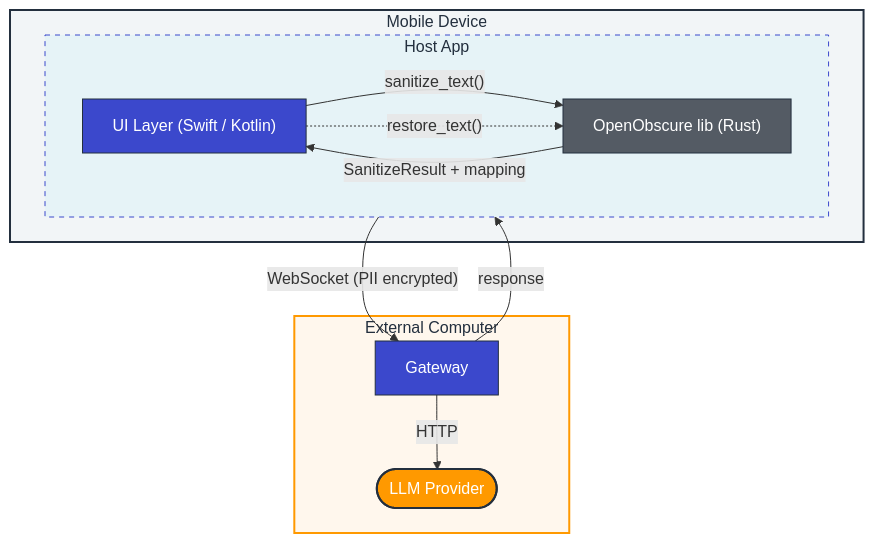
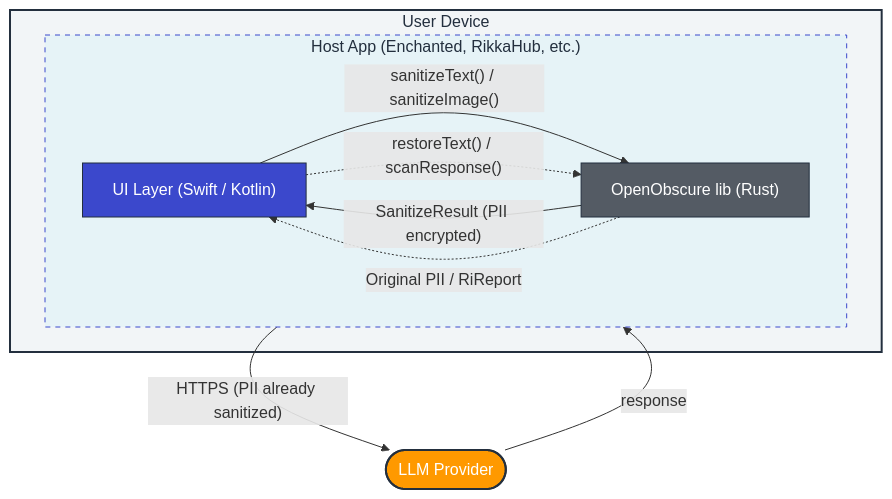
One commit to OpenObscure/OpenObscure changed the second of 15 diagrams in ARCHITECTURE.md. Above: the diagram before and after it, drawn with Mermaid. The commit also changed 1 other file, not shown here.

Commit message:
Fix embedded model diagrams to show direct-to-LLM architecture
Embedded diagrams incorrectly showed Gateway as required intermediary.
Replaced with app → LLM Provider flow reflecting that the library
sanitizes in-process and the app handles networking directly.

````diff
--- a/ARCHITECTURE.md
+++ b/ARCHITECTURE.md
@@ -55,28 +55,22 @@
 ```mermaid
 flowchart TB
-    subgraph mobile ["Mobile Device"]
-        subgraph app ["Host App"]
+    subgraph mobile ["User Device"]
+        subgraph app ["Host App (Enchanted, RikkaHub, etc.)"]
             ui["UI Layer (Swift / Kotlin)"]
             lib["OpenObscure lib (Rust)"]
-            ui -- "sanitize_text()" --> lib
-            lib -- "SanitizeResult + mapping" --> ui
-            ui -. "restore_text()" .-> lib
+            ui -- "sanitizeText() / sanitizeImage()" --> lib
+            lib -- "SanitizeResult (PII encrypted)" --> ui
+            ui -. "restoreText() / scanResponse()" .-> lib
+            lib -. "Original PII / RiReport" .-> ui
         end
     end
 
-    app -- "WebSocket (PII encrypted)" --> gw
-    gw -- "response" --> app
-
-    subgraph desktop ["External Computer"]
-        gw["Gateway"]
-        gw -- "HTTP" --> llm(["LLM Provider"])
-    end
+    app -- "HTTPS (PII already sanitized)" --> llm(["LLM Provider"])
+    llm -- "response" --> app
 
     style mobile fill:#f2f5f7,stroke:#232F3E,stroke-width:2px,color:#232F3E
     style app fill:#e6f3f7,stroke:#3b48cc,stroke-dasharray: 5 5,color:#232F3E
     style ui fill:#3b48cc,stroke:#232F3E,color:#fff
     style lib fill:#545b64,stroke:#232F3E,color:#fff
-    style desktop fill:#fff7ed,stroke:#ff9900,stroke-width:2px,color:#232F3E
-    style gw fill:#3b48cc,stroke:#232F3E,color:#fff
     style llm fill:#ff9900,stroke:#232F3E,stroke-width:2px,color:#fff
 ```
````
